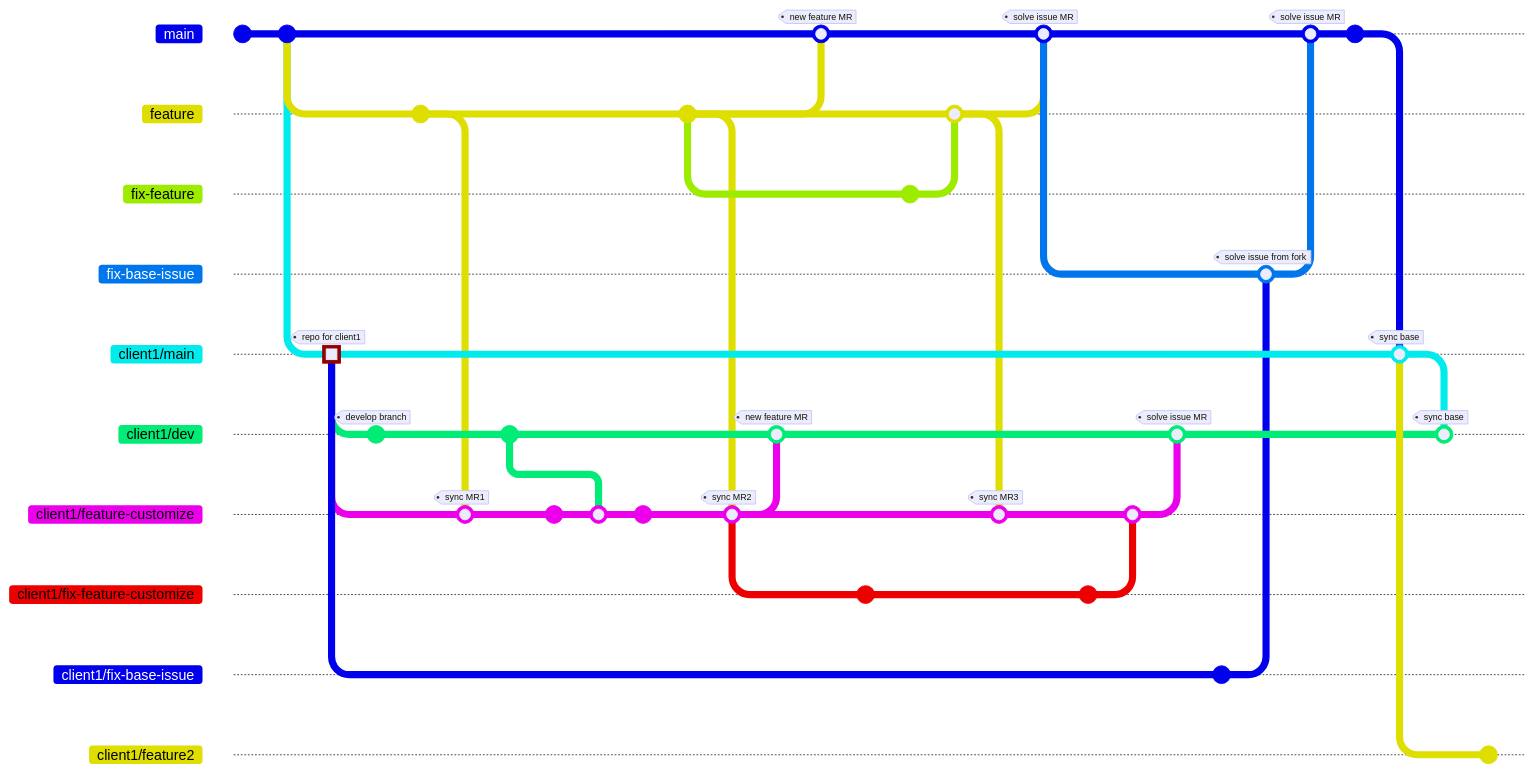
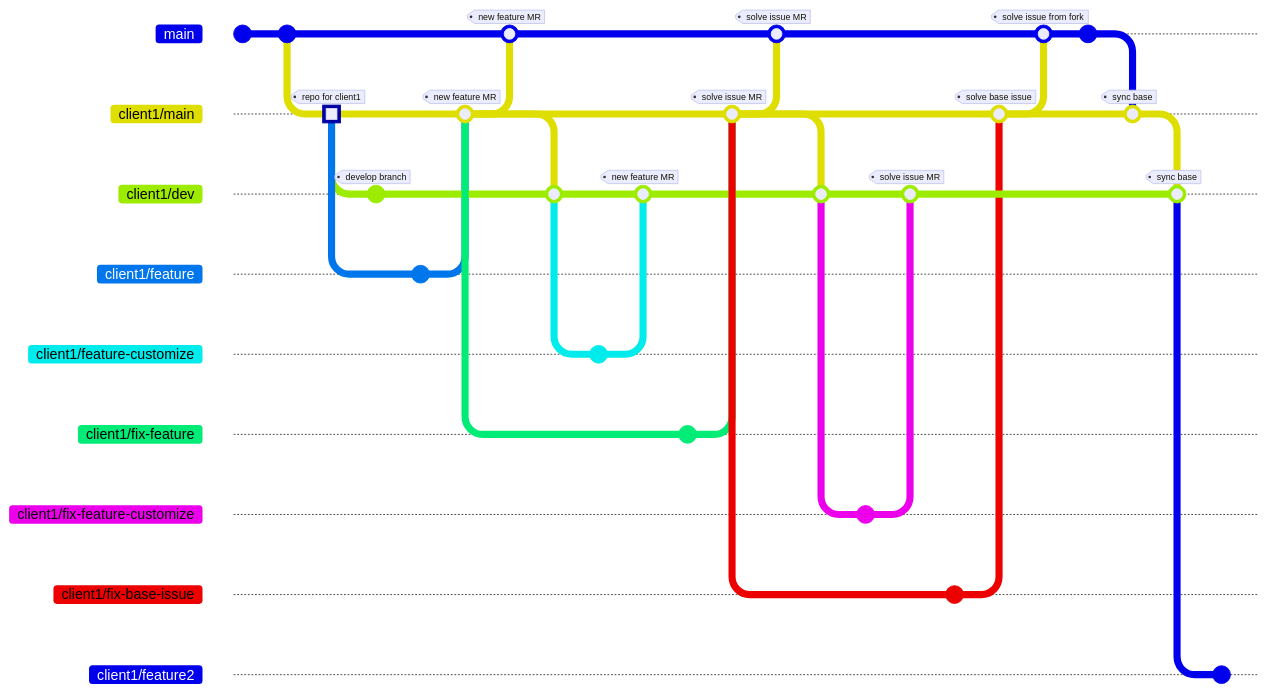
The second of 2 diagrams in git/workflow.md (tsengyushiang/notes), drawn with Mermaid before and after one commit. The commit also changed other lines of this file, not shown here. Commit ids are hidden.

````diff
--- a/git/workflow.md
+++ b/git/workflow.md
@@ -67,66 +66,54 @@
-```mermaid
+```mermaid 
 %%{init: { 'gitGraph': {'showCommitLabel': false}} }%%
 
 gitGraph
     commit
     commit
-    branch feature order: 1
-    branch client1/main order: 5
+    branch client1/main order: 2
     commit tag:"repo for client1" type: HIGHLIGHT
-    branch client1/dev order: 6
+    branch client1/feature order: 4
+    branch client1/dev order: 3
     commit tag:"develop branch"
-    checkout feature
+    checkout client1/feature
     commit
     checkout client1/main
-    branch client1/feature-customize order: 7
-    merge feature tag:"sync MR1"
+    merge client1/feature tag:"new feature MR"
+    checkout main
+    merge client1/main tag:"new feature MR"
     checkout client1/dev
+    merge client1/main
+    branch client1/feature-customize order: 5
     commit
     checkout client1/feature-customize
-    commit
-    merge client1/dev
-    commit
-    checkout feature
-    commit
-    checkout client1/feature-customize
-    merge feature tag:"sync MR2"
     checkout client1/dev
     merge client1/feature-customize tag:"new feature MR"
+    checkout client1/main
+    branch client1/fix-feature order: 6
+    commit
+    checkout client1/main
+    merge client1/fix-feature tag:"solve issue MR"
     checkout main
-    merge feature tag:"new feature MR"
-    checkout client1/feature-customize
-    branch client1/fix-feature-customize order: 8
+    merge client1/main tag:"solve issue MR"
+    checkout client1/dev
+    merge client1/main
+    branch client1/fix-feature-customize order: 7
     commit
-    checkout feature
-    branch fix-feature order: 2
+    checkout client1/dev
+    merge client1/fix-feature-customize tag:"solve issue MR"
+    checkout client1/main
+    branch client1/fix-base-issue order:8
     commit
-    checkout feature
-    merge fix-feature
-    checkout client1/feature-customize
-    merge feature tag:"sync MR3"
+    checkout client1/main
+    merge client1/fix-base-issue tag:"solve base issue"
     checkout main
-    merge feature tag:"solve issue MR"
-    checkout client1/fix-feature-customize
-    commit
-    checkout client1/feature-customize
-    merge client1/fix-feature-customize
-    checkout client1/dev
-    merge client1/feature-customize tag:"solve issue MR"
-    checkout client1/main
-    branch client1/fix-base-issue order:10
-    commit
+    merge client1/main tag:"solve issue from fork"
     checkout main
-    branch fix-base-issue order:3
-    merge client1/fix-base-issue tag:"solve issue from fork"
-    checkout main
-    merge fix-base-issue tag:"solve issue MR"
     commit
     checkout client1/main
     merge main tag:"sync base"
     checkout client1/dev
     merge client1/main tag:"sync base"
-    checkout client1/main
+    checkout client1/dev
     branch client1/feature2 order:11
     commit
-
 ```
````
